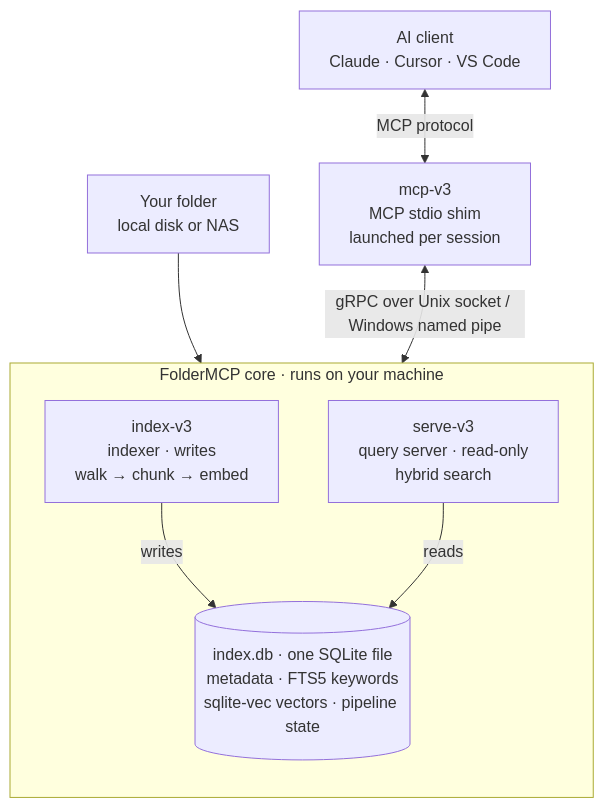
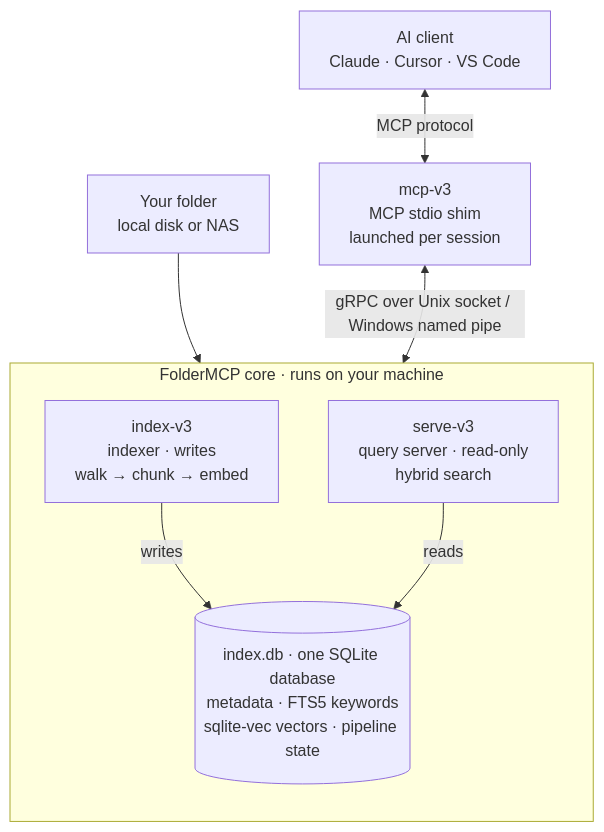
The first of 3 diagrams in README.md (gtm-k/foldermcp), drawn with Mermaid before and after one commit. The commit also changed other lines of this file, not shown here.

First line of the commit message:
docs: reframe v3 as early preview + add roadmap; finish single-store wording

````diff
--- a/README.md
+++ b/README.md
@@ -27,17 +29,17 @@
 ```mermaid
 flowchart TB
     FOLDER[Your folder<br/>local disk or NAS]
     subgraph CORE [FolderMCP core · runs on your machine]
       direction TB
       IDX[index-v3<br/>indexer · writes<br/>walk → chunk → embed]
       QRY[serve-v3<br/>query server · read-only<br/>hybrid search]
-      STORE[(index.db · one SQLite file<br/>metadata · FTS5 keywords<br/>sqlite-vec vectors · pipeline state)]
+      STORE[(index.db · one SQLite database<br/>metadata · FTS5 keywords<br/>sqlite-vec vectors · pipeline state)]
       IDX -->|writes| STORE
       QRY -->|reads| STORE
     end
     SHIM[mcp-v3<br/>MCP stdio shim<br/>launched per session]
     AI[AI client<br/>Claude · Cursor · VS Code]
     FOLDER --> IDX
     AI <-->|MCP protocol| SHIM
     SHIM <-->|gRPC over Unix socket / Windows named pipe| QRY
 ```
````
